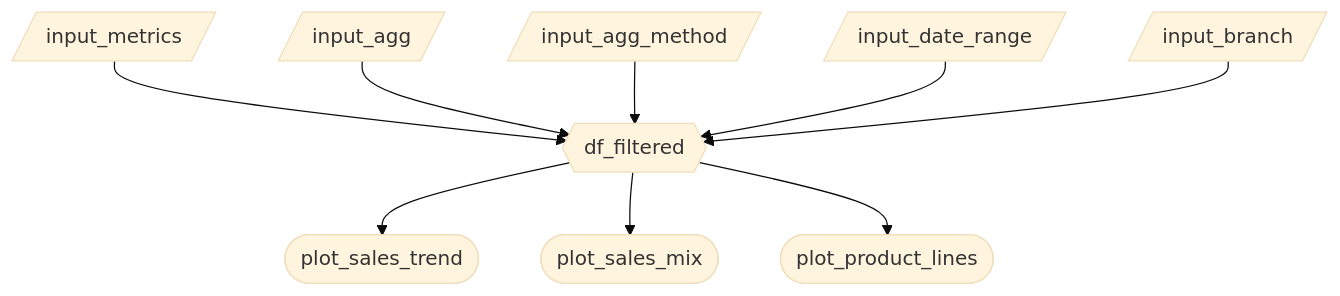
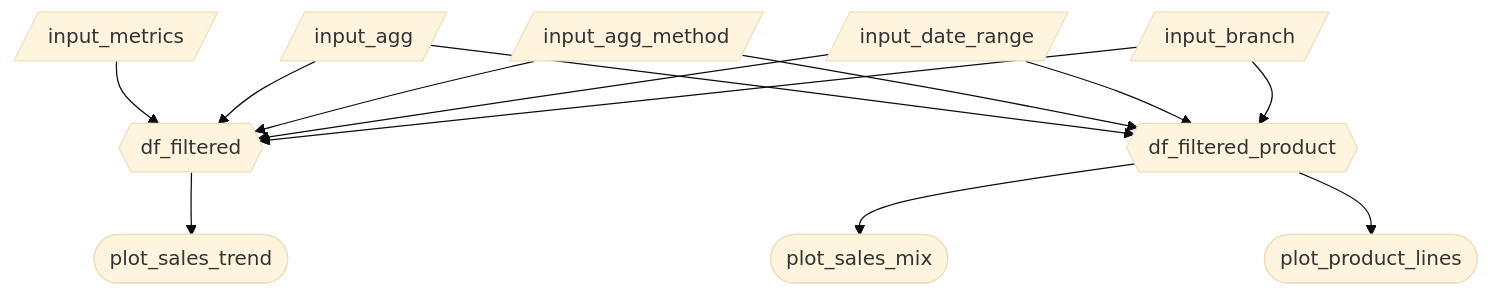
One commit to UBC-MDS/DSCI-532_2026_2_walmonitor changed the diagram in reports/m2_spec.md. Above: the diagram before and after it, drawn with Mermaid (base theme). The commit also changed other lines of this file, not shown here.

Commit message:
Update inventory table and diagram

````diff
--- a/reports/m2_spec.md
+++ b/reports/m2_spec.md
@@ -21,11 +22,18 @@
 ```mermaid
 flowchart TD
   A[/input_metrics/] --> F{{df_filtered}}
   B[/input_agg/] --> F
   C[/input_agg_method/] --> F
   D[/input_date_range/] --> F
   E[/input_branch/] --> F
+
   F --> P1([plot_sales_trend])
-  F --> P2([plot_sales_mix])
-  F --> P3([plot_product_lines])  
+
+  B --> G{{df_filtered_product}}
+  C --> G
+  D --> G
+  E --> G
+
+  G --> P2([plot_sales_mix])
+  G --> P3([plot_product_lines])  
 ```
````
